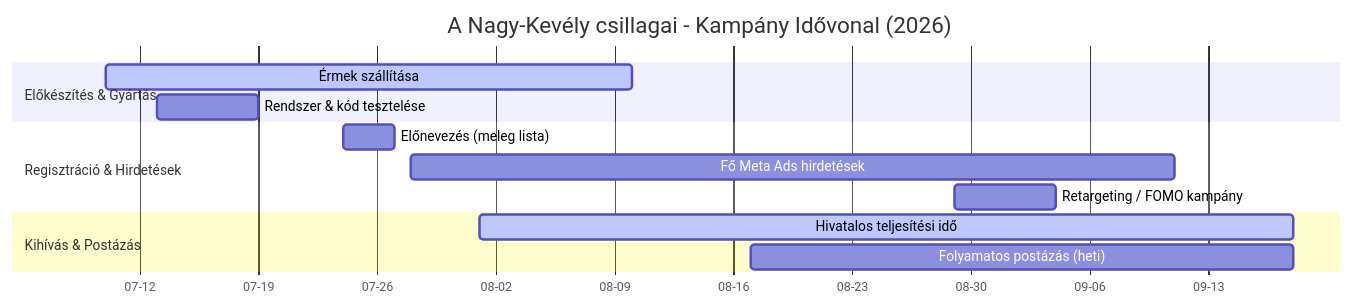
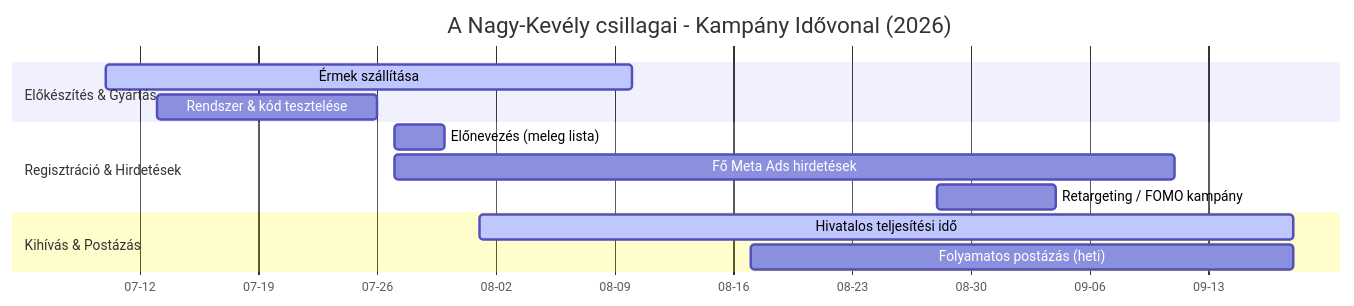
One commit to Admex666/other_projects changed the diagram in VitaSteps/campaigns/nagy_kevely_csillagai.md. Above: the diagram before and after it, drawn with Mermaid. The commit also changed other lines of this file and 14 other files, not shown here.

````diff
--- a/VitaSteps/campaigns/nagy_kevely_csillagai.md
+++ b/VitaSteps/campaigns/nagy_kevely_csillagai.md
@@ -30,19 +30,19 @@
 ```mermaid
 gantt
     title A Nagy-Kevély csillagai - Kampány Idővonal (2026)
     dateFormat  YYYY-MM-DD
     axisFormat  %m-%d
     
     section Előkészítés & Gyártás
     Érmek szállítása            :active, des1, 2026-07-10, 2026-08-10
-    Rendszer & kód tesztelése   :des2, 2026-07-13, 2026-07-19
+    Rendszer & kód tesztelése   :des2, 2026-07-13, 2026-07-26
     
     section Regisztráció & Hirdetések
-    Előnevezés (meleg lista)    :des3, 2026-07-24, 2026-07-27
-    Fő Meta Ads hirdetések      :des4, 2026-07-28, 2026-09-11
-    Retargeting / FOMO kampány  :des5, 2026-08-29, 2026-09-04
+    Előnevezés (meleg lista)    :des3, 2026-07-27, 2026-07-30
+    Fő Meta Ads hirdetések      :des4, 2026-07-27, 2026-09-11
+    Retargeting / FOMO kampány  :des5, 2026-08-28, 2026-09-04
     
     section Kihívás & Postázás
     Hivatalos teljesítési idő   :active, des6, 2026-08-01, 2026-09-18
     Folyamatos postázás (heti)  :des8, 2026-08-17, 2026-09-18
 ```
````
